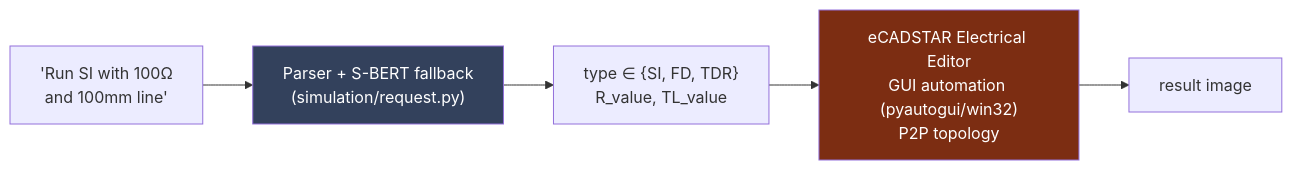
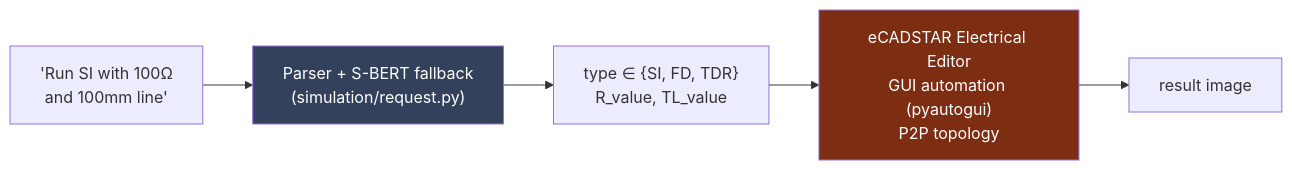
One commit to kovarthanmuthusamy/pcb-cad-llm-assistant changed the fourth of 4 diagrams in README.md. Above: the diagram before and after it, drawn with Mermaid. The commit also changed other lines of this file and 1 other file, not shown here.

````diff
--- a/README.md
+++ b/README.md
@@ -204,9 +247,9 @@
 ```mermaid
 flowchart LR
     NL["'Run SI with 100Ω<br/>and 100mm line'"] --> SB["Parser + S-BERT fallback<br/>(simulation/request.py)"]
     SB --> PARAMS["type ∈ {SI, FD, TDR}<br/>R_value, TL_value"]
-    PARAMS --> CAD["eCADSTAR Electrical Editor<br/>GUI automation (pyautogui/win32)<br/>P2P topology"]
+    PARAMS --> CAD["eCADSTAR Electrical Editor<br/>GUI automation (pyautogui)<br/>P2P topology"]
     CAD --> IMG["result image"]
     style SB fill:#33415c,color:#fff
     style CAD fill:#7c2d12,color:#fff
 ```
````
